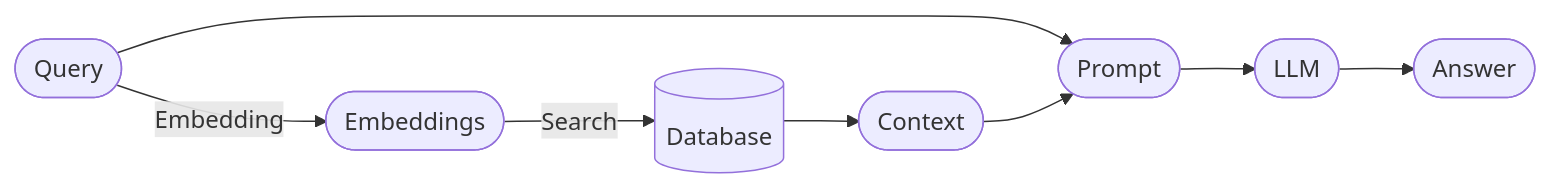
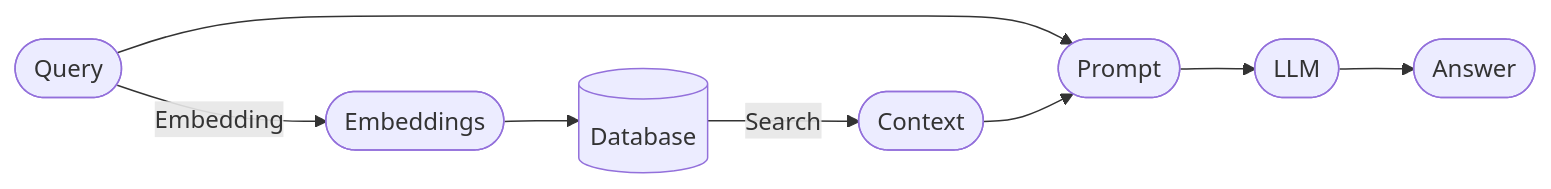
Before and after one commit to RapidAI/Knowledge-QA-LLM: the second of 2 diagrams in README.md, drawn with Mermaid. The commit also changed other lines of this file and 1 other file, not shown here.

````diff
--- a/README.md
+++ b/README.md
@@ -37,6 +39,6 @@
-     ```mermaid
-     flowchart LR
-     E([Query]) --Embedding--> F([Embeddings]) --Search--> H[(Database)] --> G([Context])
-     E --> I([Prompt])
-     G --> I --> J([LLM]) --> K([Answer])
-     ```
+    ```mermaid
+    flowchart LR
+    E([Query]) --Embedding--> F([Embeddings]) --> H[(Database)] --Search--> G([Context])
+    E --> I([Prompt])
+    G --> I --> J([LLM]) --> K([Answer])
+    ```
````
